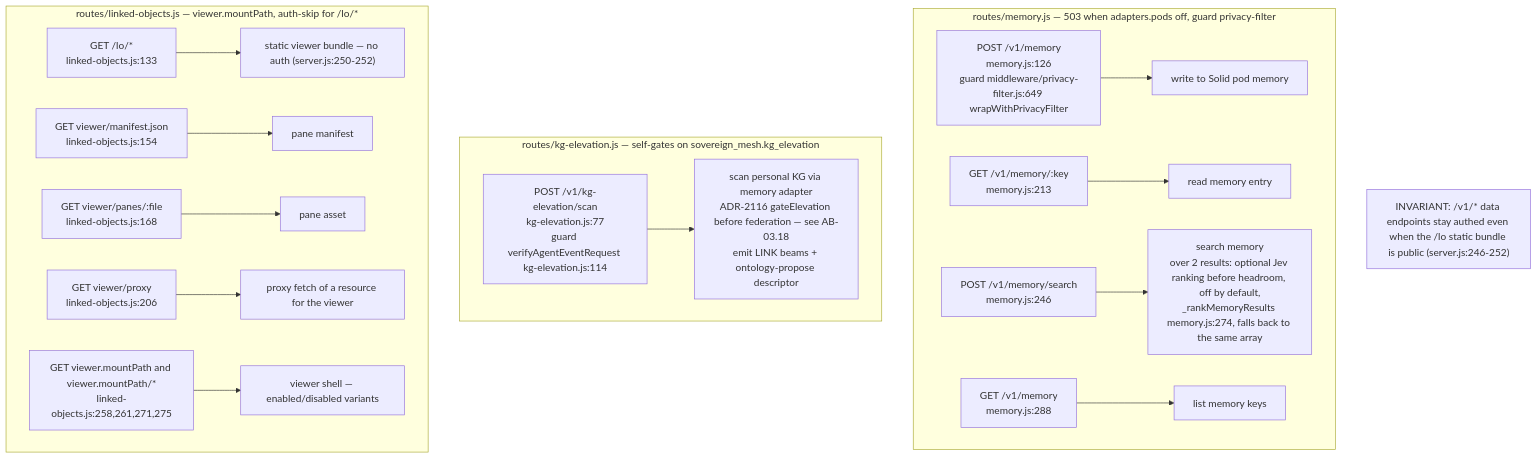
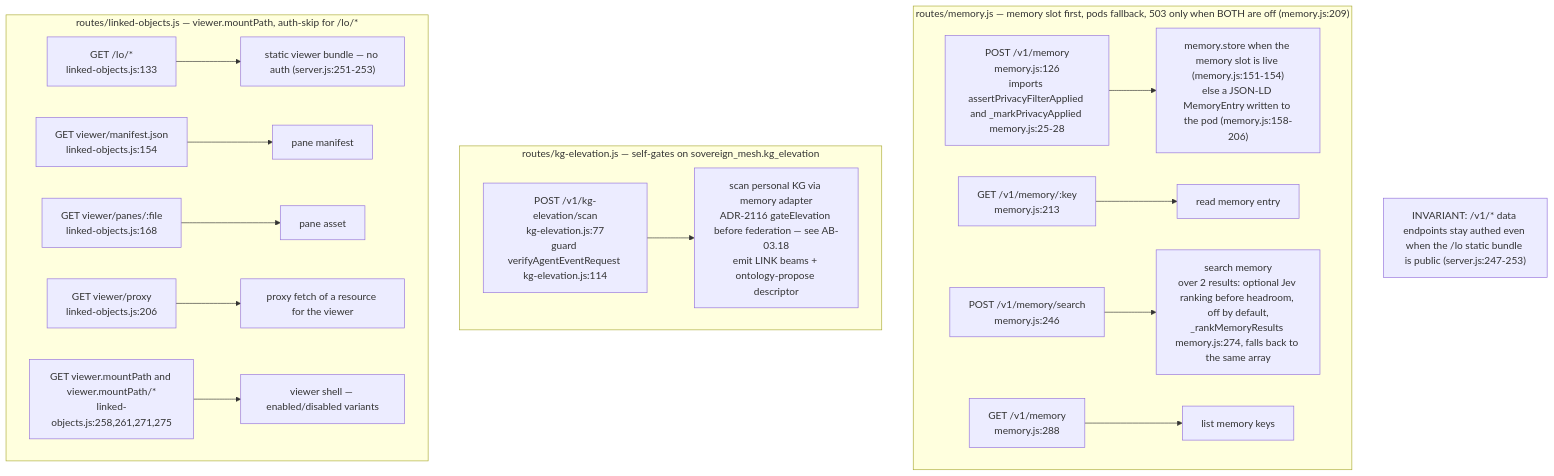
The eighth of 17 diagrams in docs/diagrams/agentbox/03-management-api-request-lifecycle.md (DreamLab-AI/VisionFlow), drawn with Mermaid before and after one commit. The commit also changed other lines of this file and 173 other files, not shown here.

````diff
--- a/docs/diagrams/agentbox/03-management-api-request-lifecycle.md
+++ b/docs/diagrams/agentbox/03-management-api-request-lifecycle.md
@@ -332,20 +349,20 @@
 ```mermaid
 flowchart TD
-    subgraph memory["routes/memory.js — 503 when adapters.pods off, guard privacy-filter"]
-        M1["POST /v1/memory<br/>memory.js:126<br/>guard middleware/privacy-filter.js:649 wrapWithPrivacyFilter"] --> MH1["write to Solid pod memory"]
+    subgraph memory["routes/memory.js — memory slot first, pods fallback, 503 only when BOTH are off (memory.js:209)"]
+        M1["POST /v1/memory<br/>memory.js:126<br/>imports assertPrivacyFilterApplied and _markPrivacyApplied memory.js:25-28"] --> MH1["memory.store when the memory slot is live (memory.js:151-154)<br/>else a JSON-LD MemoryEntry written to the pod (memory.js:158-206)"]
         M2["GET /v1/memory/:key<br/>memory.js:213"] --> MH2["read memory entry"]
         M3["POST /v1/memory/search<br/>memory.js:246"] --> MH3["search memory<br/>over 2 results: optional Jev ranking before headroom, off by default,<br/>_rankMemoryResults memory.js:274, falls back to the same array"]
         M4["GET /v1/memory<br/>memory.js:288"] --> MH4["list memory keys"]
     end
     subgraph kg["routes/kg-elevation.js — self-gates on sovereign_mesh.kg_elevation"]
         K1["POST /v1/kg-elevation/scan<br/>kg-elevation.js:77<br/>guard verifyAgentEventRequest kg-elevation.js:114"] --> KH1["scan personal KG via memory adapter<br/>ADR-2116 gateElevation before federation — see AB-03.18<br/>emit LINK beams + ontology-propose descriptor"]
     end
     subgraph lo["routes/linked-objects.js — viewer.mountPath, auth-skip for /lo/*"]
-        L1["GET /lo/*<br/>linked-objects.js:133"] --> LH1["static viewer bundle — no auth (server.js:250-252)"]
+        L1["GET /lo/*<br/>linked-objects.js:133"] --> LH1["static viewer bundle — no auth (server.js:251-253)"]
         L2["GET viewer/manifest.json<br/>linked-objects.js:154"] --> LH2["pane manifest"]
         L3["GET viewer/panes/:file<br/>linked-objects.js:168"] --> LH3["pane asset"]
         L4["GET viewer/proxy<br/>linked-objects.js:206"] --> LH4["proxy fetch of a resource for the viewer"]
         L5["GET viewer.mountPath and viewer.mountPath/*<br/>linked-objects.js:258,261,271,275"] --> LH5["viewer shell — enabled/disabled variants"]
     end
-    Note1["INVARIANT: /v1/* data endpoints stay authed even when the /lo static bundle is public (server.js:246-252)"]
+    Note1["INVARIANT: /v1/* data endpoints stay authed even when the /lo static bundle is public (server.js:247-253)"]
 ```
````
